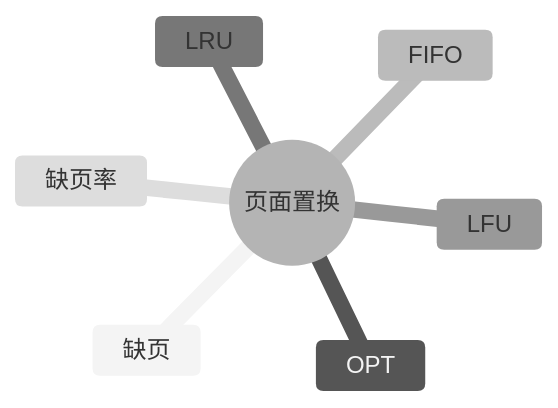
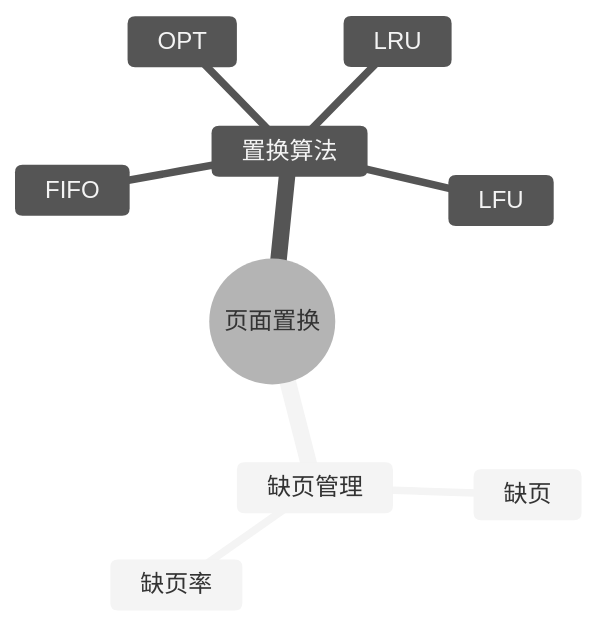
The first of 2 diagrams in docs/ruankao/system-architect/chapters/chapter-02/09-page-replacement.md (skylonely/sgao-website), drawn with Mermaid (neutral theme) before and after one commit. The commit also changed other lines of this file and 39 other files, not shown here.

Commit message:
fix: Mermaid 思维导图

````diff
--- a/docs/ruankao/system-architect/chapters/chapter-02/09-page-replacement.md
+++ b/docs/ruankao/system-architect/chapters/chapter-02/09-page-replacement.md
@@ -41,10 +41,12 @@
 ```mermaid
 mindmap
   root((页面置换))
-    缺页
-    OPT
-    FIFO
-    LRU
-    LFU
-    缺页率
+    缺页管理
+      缺页
+      缺页率
+    置换算法
+      OPT
+      FIFO
+      LRU
+      LFU
 ```
````
